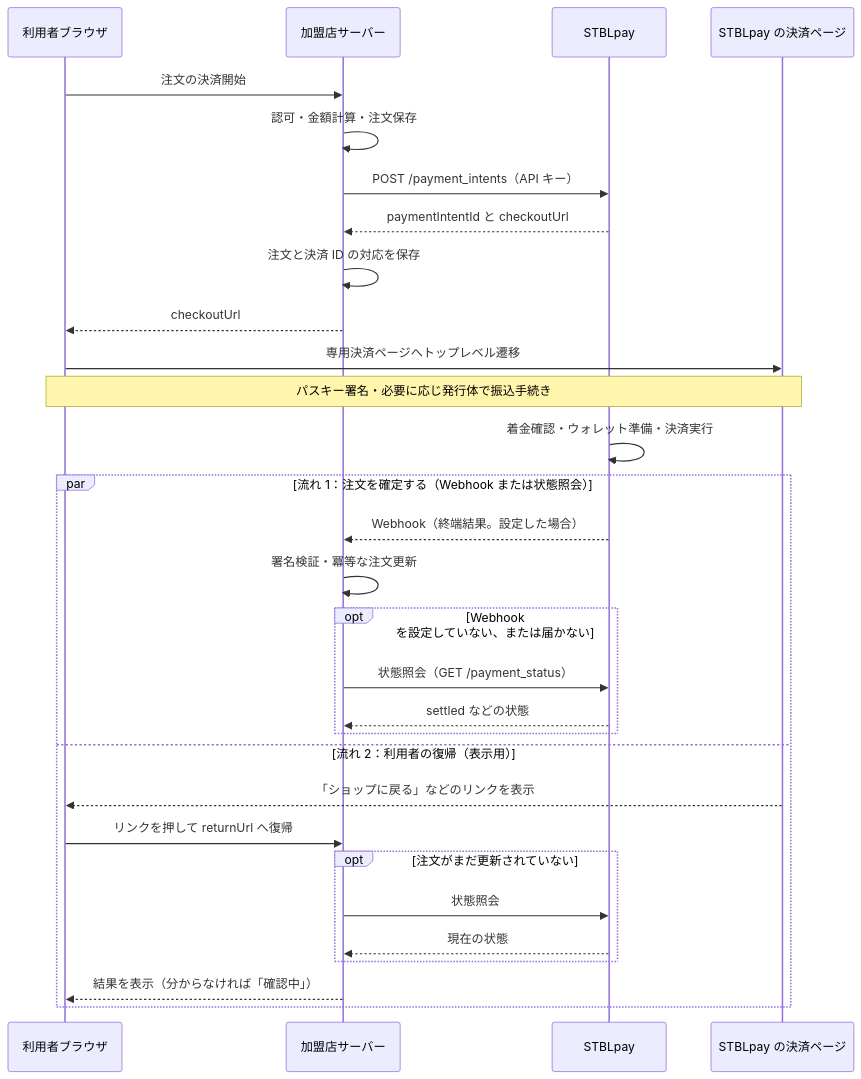
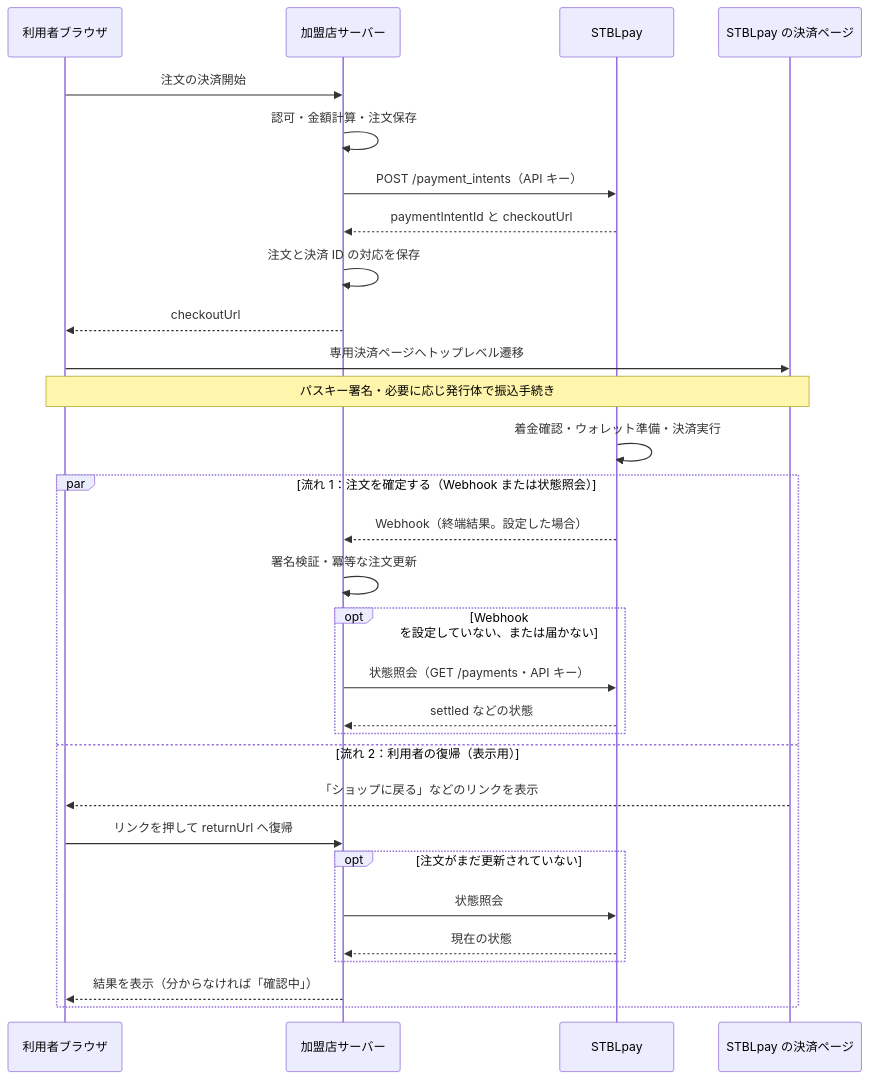
One commit to ango-ya/stbl-pay-site changed the diagram in docs-site/docs/getting-started/payment-flow.md. Above: the diagram before and after it, drawn with Mermaid. The commit also changed 8 other files, not shown here.

First line of the commit message:
fix(docs): 加盟店サーバーの照会を GET /payments 前提に直す（決済フロー・完了判定・FAQ・テストシナリオ）

````diff
--- a/docs-site/docs/getting-started/payment-flow.md
+++ b/docs-site/docs/getting-started/payment-flow.md
@@ -12,32 +12,32 @@
 ```mermaid
 sequenceDiagram
     participant User as 利用者ブラウザ
     participant Shop as 加盟店サーバー
     participant Pay as STBLpay
     participant Page as STBLpay の決済ページ
     User->>Shop: 注文の決済開始
     Shop->>Shop: 認可・金額計算・注文保存
     Shop->>Pay: POST /payment_intents（API キー）
     Pay-->>Shop: paymentIntentId と checkoutUrl
     Shop->>Shop: 注文と決済 ID の対応を保存
     Shop-->>User: checkoutUrl
     User->>Page: 専用決済ページへトップレベル遷移
     Note over User,Page: パスキー署名・必要に応じ発行体で振込手続き
     Pay->>Pay: 着金確認・ウォレット準備・決済実行
     par 流れ 1：注文を確定する（Webhook または状態照会）
         Pay-->>Shop: Webhook（終端結果。設定した場合）
         Shop->>Shop: 署名検証・冪等な注文更新
         opt Webhook を設定していない、または届かない
-            Shop->>Pay: 状態照会（GET /payment_status）
+            Shop->>Pay: 状態照会（GET /payments・API キー）
             Pay-->>Shop: settled などの状態
         end
     and 流れ 2：利用者の復帰（表示用）
         Page-->>User: 「ショップに戻る」などのリンクを表示
         User->>Shop: リンクを押して returnUrl へ復帰
         opt 注文がまだ更新されていない
             Shop->>Pay: 状態照会
             Pay-->>Shop: 現在の状態
         end
         Shop-->>User: 結果を表示（分からなければ「確認中」）
     end
 ```
````
